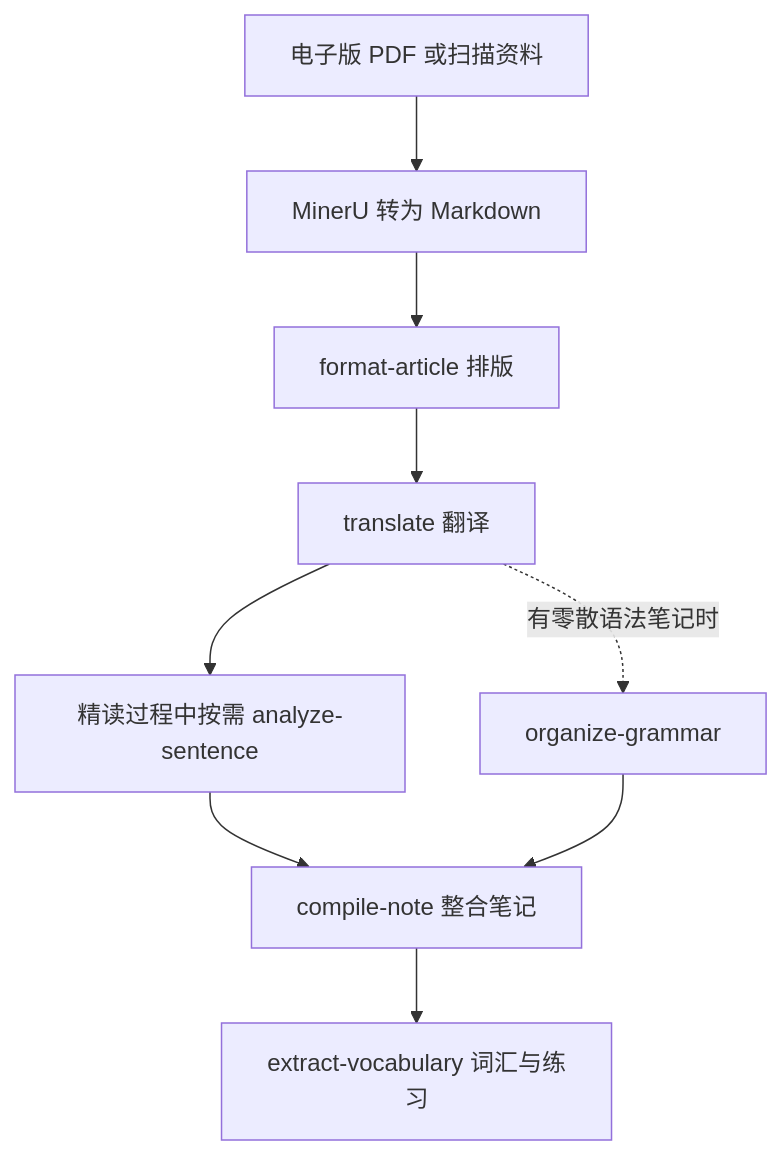
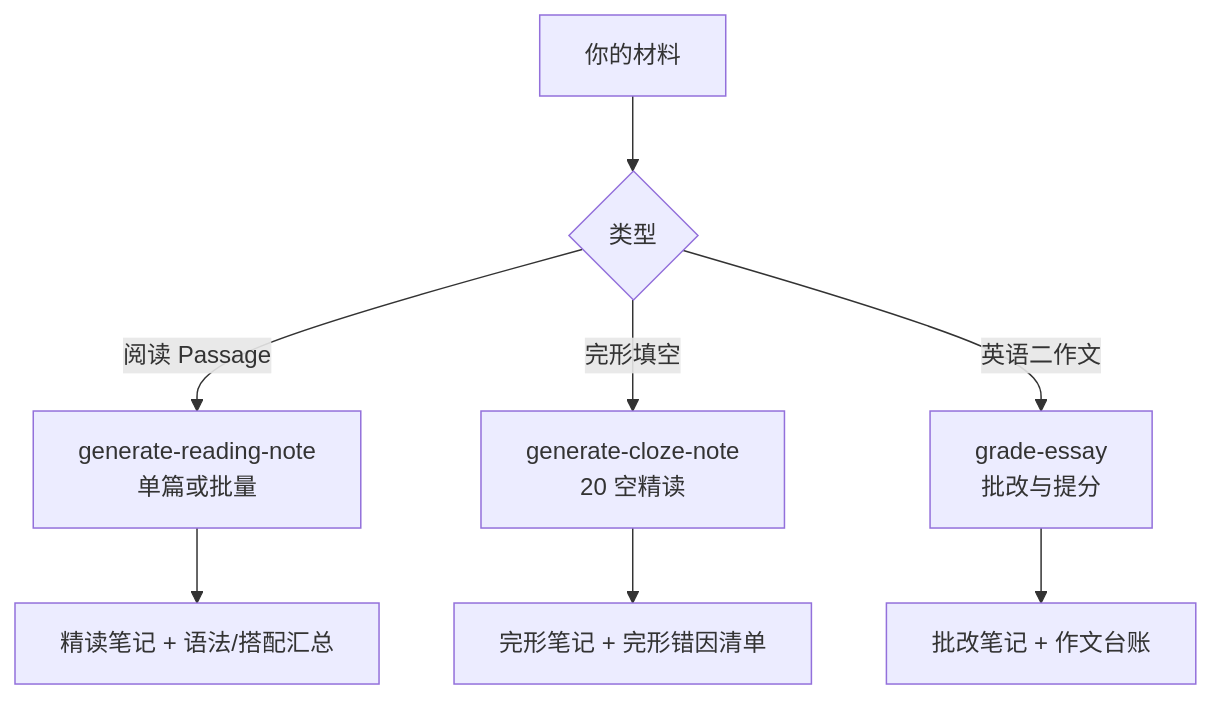
Before and after one commit to Treasoni/english-reading: the diagram in 使用说明.md, drawn with Mermaid. The commit also changed other lines of this file and 2 other files, not shown here.

````diff
--- a/使用说明.md
+++ b/使用说明.md
@@ -34,11 +44,10 @@
 ```mermaid
 flowchart TD
-    A["电子版 PDF 或扫描资料"] --> B["MinerU 转为 Markdown"]
-    B --> C["format-article 排版"]
-    C --> D["translate 翻译"]
-    D --> E["精读过程中按需 analyze-sentence"]
-    E --> F["compile-note 整合笔记"]
-    D -. "有零散语法笔记时" .-> G["organize-grammar"]
-    G --> F
-    F --> H["extract-vocabulary 词汇与练习"]
+    A["你的材料"] --> B{"类型"}
+    B -->|"阅读 Passage"| C["generate-reading-note<br/>单篇或批量"]
+    B -->|"完形填空"| D["generate-cloze-note<br/>20 空精读"]
+    B -->|"英语二作文"| E["grade-essay<br/>批改与提分"]
+    C --> F["精读笔记 + 语法/搭配汇总"]
+    D --> G["完形笔记 + 完形错因清单"]
+    E --> H["批改笔记 + 作文台账"]
 ```
````
